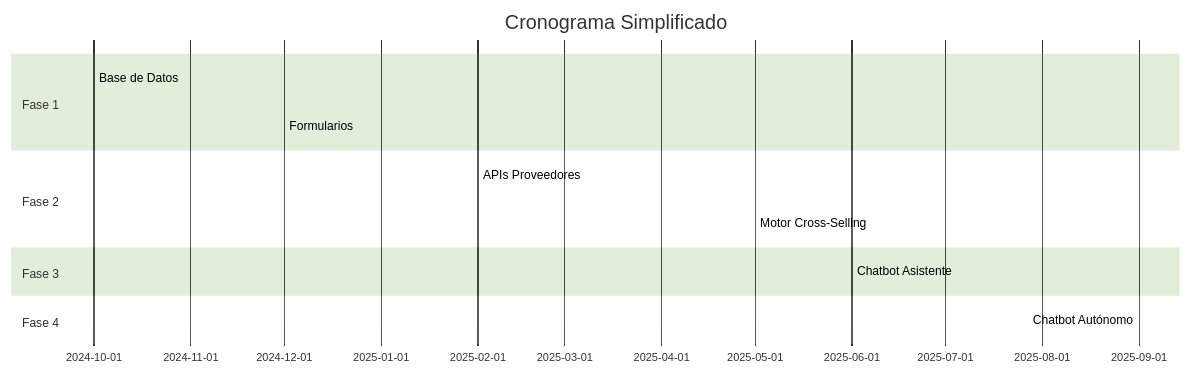
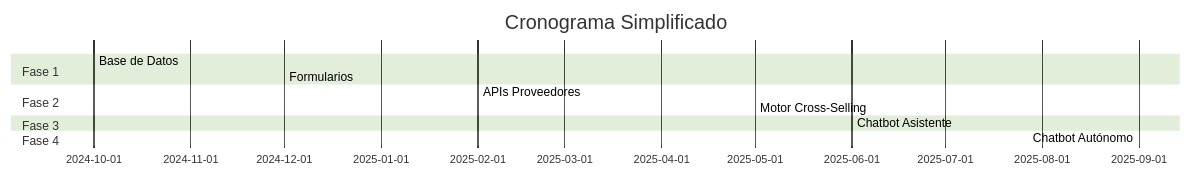
One commit to MarcoCenturion/Linux changed the fifth of 5 diagrams in DeepSeek_Django.md. Above: the diagram before and after it, drawn with Mermaid. The commit also changed other lines of this file, not shown here.

````diff
--- a/DeepSeek_Django.md
+++ b/DeepSeek_Django.md
@@ -269,16 +286,16 @@
 ```mermaid
-%%{init: {'theme': 'forest', 'fontFamily': 'Arial', 'gantt': {'barHeight': 40}}}%%
+%%{init: {'theme': 'forest', 'fontFamily': 'Arial', 'gantt': {'barHeight': 10}}}%%
 gantt
     title Cronograma Simplificado
-    dateFormat  YYYY-MM
+    dateFormat  YY-MM
     section Fase 1
     Base de Datos          :done, 2024-10, 2m
     Formularios            :active, 2024-12, 2m
     section Fase 2
     APIs Proveedores       :2025-02, 3m
     Motor Cross-Selling    :2025-05, 1m
     section Fase 3
     Chatbot Asistente      :2025-06, 2m
     section Fase 4
     Chatbot Autónomo       :2025-09, 3m
 ```
````
